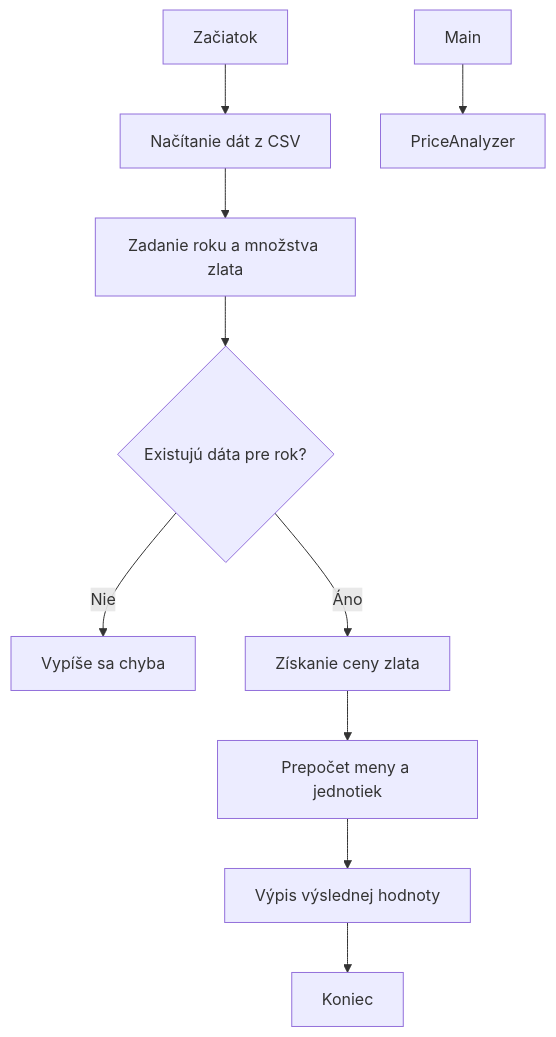
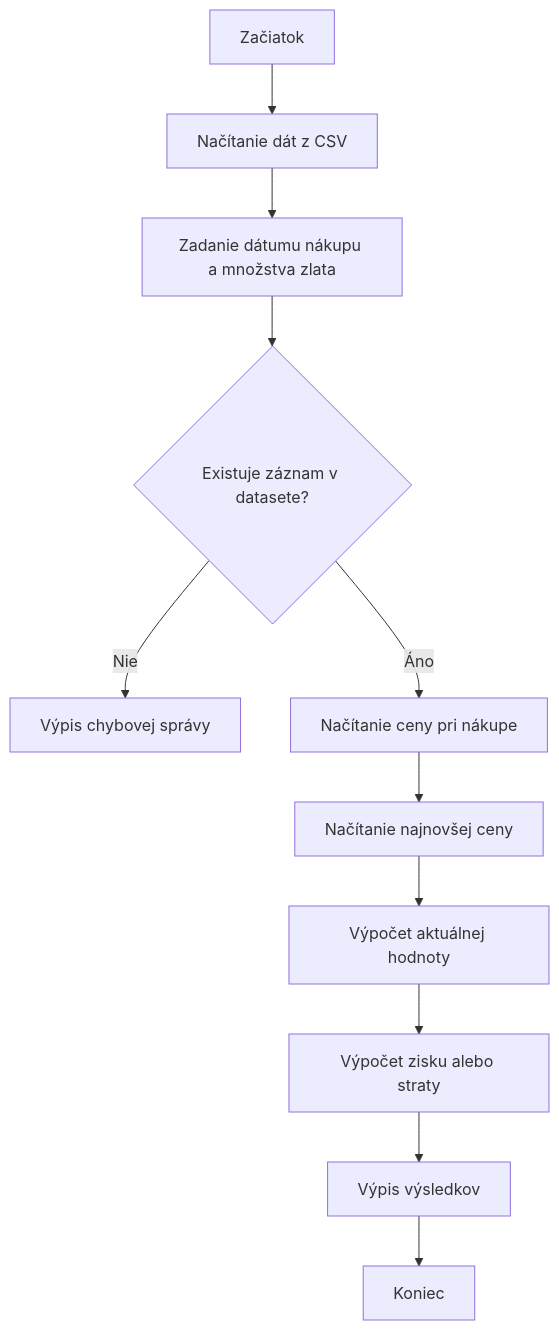
One commit to kavzdjj/analyza_ceny_zlata changed the second of 2 diagrams in README.md. Above: the diagram before and after it, drawn with Mermaid. The commit also changed other lines of this file and 5 other files, not shown here.

````diff
--- a/README.md
+++ b/README.md
@@ -61,12 +102,13 @@
 ```mermaid
 flowchart TD
     A[Začiatok] --> B[Načítanie dát z CSV]
-    B --> C[Zadanie roku a množstva zlata]
-    C --> D{Existujú dáta pre rok?}
-    D -- Nie --> E[Vypíše sa chyba]
-    D -- Áno --> F[Získanie ceny zlata]
-    F --> G[Prepočet meny a jednotiek]
-    G --> H[Výpis výslednej hodnoty]
-    H --> I[Koniec]
-    Main --> PriceAnalyzer
+    B --> C[Zadanie dátumu nákupu a množstva zlata]
+    C --> D{Existuje záznam v datasete?}
+    D -- Nie --> E[Výpis chybovej správy]
+    D -- Áno --> F[Načítanie ceny pri nákupe]
+    F --> G[Načítanie najnovšej ceny]
+    G --> H[Výpočet aktuálnej hodnoty]
+    H --> I[Výpočet zisku alebo straty]
+    I --> J[Výpis výsledkov]
+    J --> K[Koniec]
 ```
````
